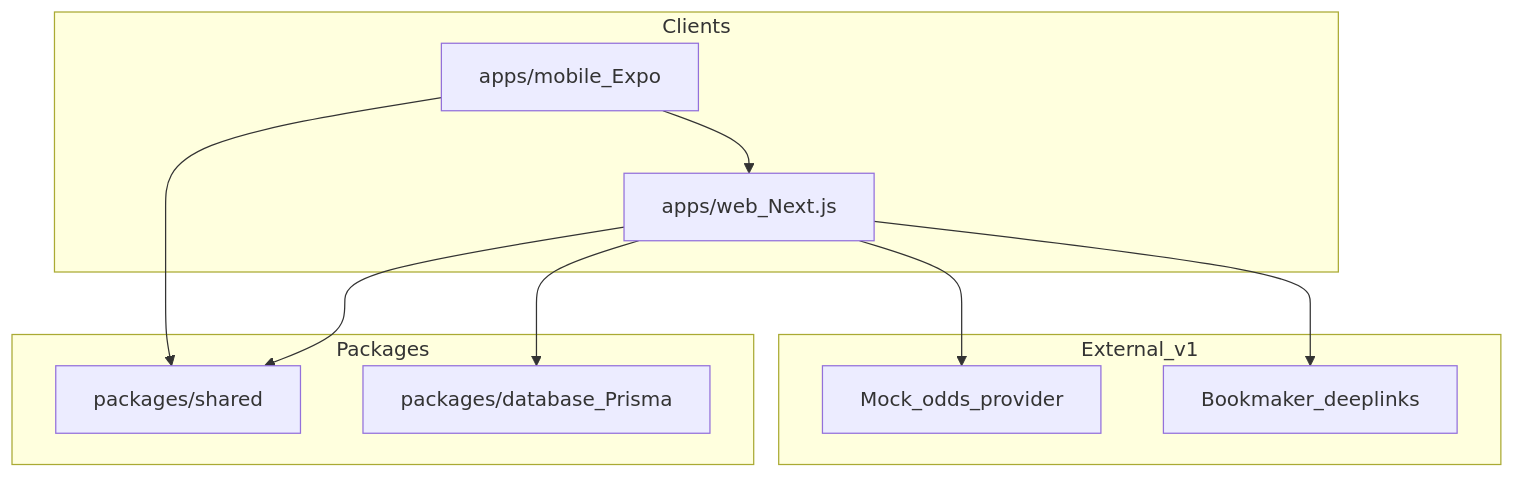
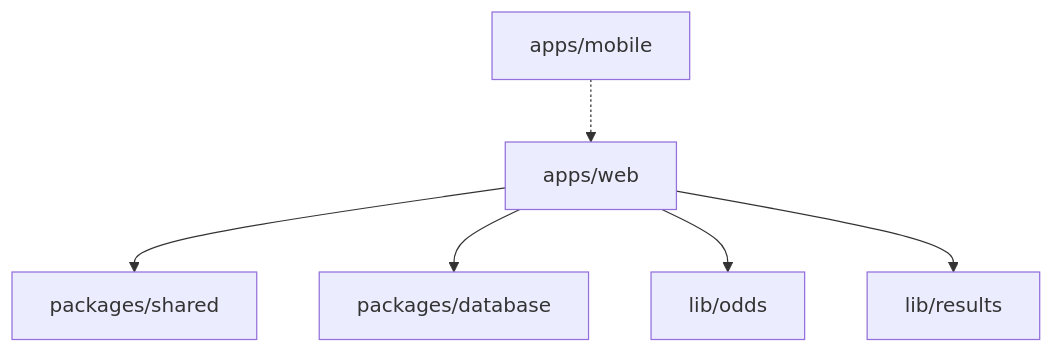
The diagram in docs/ARCHITECTURE.md (DanScreen/the-syndicate), drawn with Mermaid before and after one commit. The commit also changed other lines of this file and 11 other files, not shown here.

````diff
--- a/docs/ARCHITECTURE.md
+++ b/docs/ARCHITECTURE.md
@@ -7,21 +11,8 @@
 ```mermaid
 flowchart TB
-  subgraph clients [Clients]
-    Web[apps/web_Next.js]
-    Mobile[apps/mobile_Expo]
-  end
-  subgraph packages [Packages]
-    Shared[packages/shared]
-    DB[packages/database_Prisma]
-  end
-  subgraph external [External_v1]
-    OddsMock[Mock_odds_provider]
-    BookLinks[Bookmaker_deeplinks]
-  end
-  Web --> Shared
-  Mobile --> Shared
-  Web --> DB
-  Mobile --> Web
-  Web --> OddsMock
-  Web --> BookLinks
+  Web[apps/web] --> Shared[packages/shared]
+  Web --> DB[packages/database]
+  Web --> Odds[lib/odds]
+  Web --> Results[lib/results]
+  Mobile[apps/mobile] -.-> Web
 ```
````
